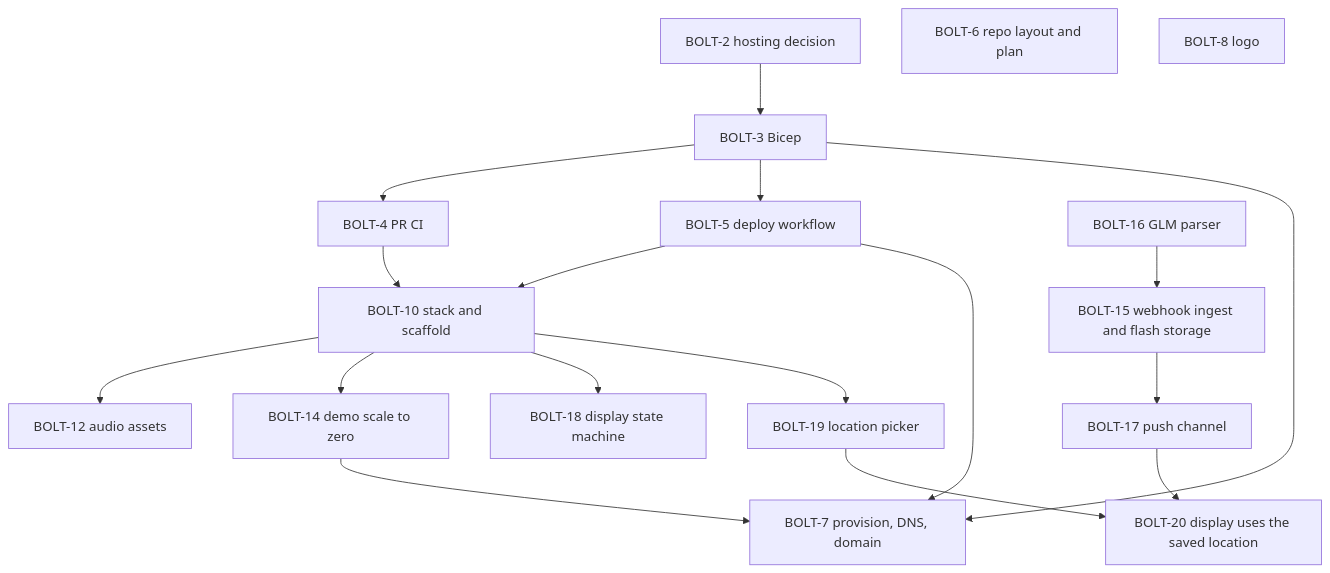
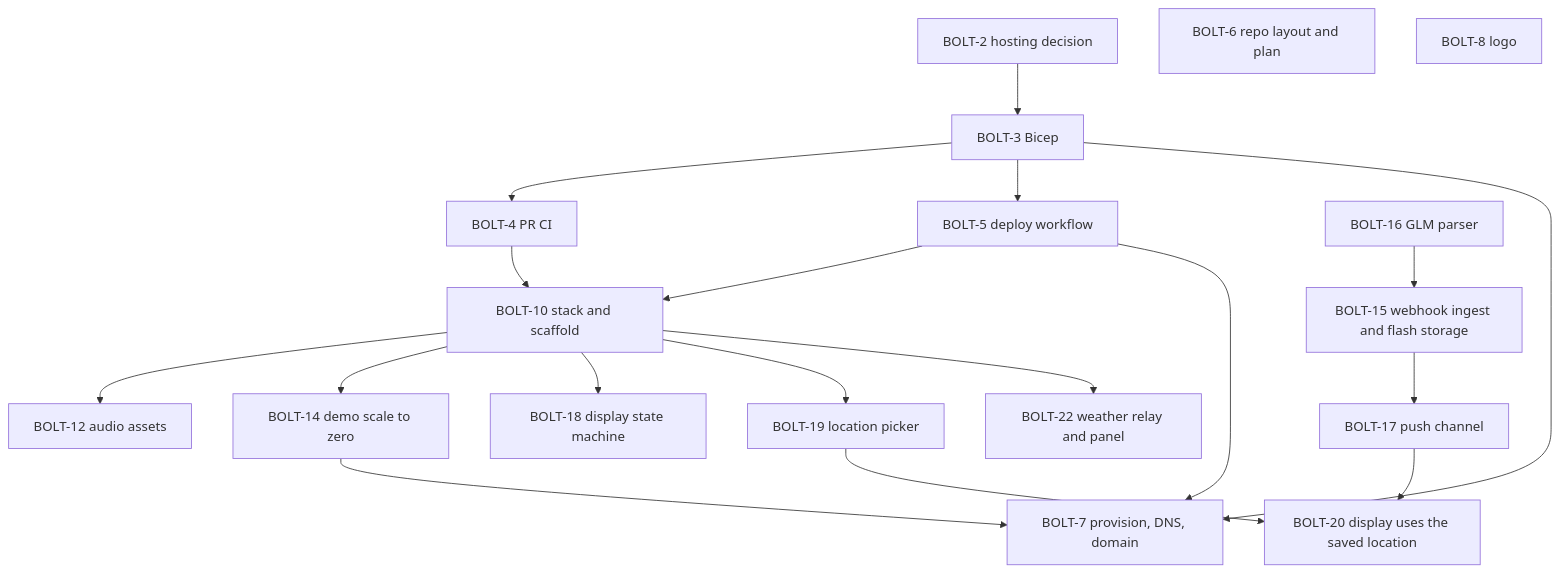
One commit to henrique-meyer/boltclock changed the diagram in docs/plan.md. Above: the diagram before and after it, drawn with Mermaid. The commit also changed other lines of this file and 17 other files, not shown here.

First line of the commit message:
BOLT-22 Weather relay for api.weather.gov and a weather panel on the display

````diff
--- a/docs/plan.md
+++ b/docs/plan.md
@@ -15,35 +15,37 @@
 ```mermaid
 flowchart TD
   s2[BOLT-2 hosting decision]
   s3[BOLT-3 Bicep]
   s4[BOLT-4 PR CI]
   s5[BOLT-5 deploy workflow]
   s6[BOLT-6 repo layout and plan]
   s7[BOLT-7 provision, DNS, domain]
   s8[BOLT-8 logo]
   s10[BOLT-10 stack and scaffold]
   s12[BOLT-12 audio assets]
   s14[BOLT-14 demo scale to zero]
   s15[BOLT-15 webhook ingest and flash storage]
   s16[BOLT-16 GLM parser]
   s17[BOLT-17 push channel]
   s18[BOLT-18 display state machine]
   s19[BOLT-19 location picker]
   s20[BOLT-20 display uses the saved location]
+  s22[BOLT-22 weather relay and panel]
   s2 --> s3
   s4 --> s10
   s5 --> s10
   s3 --> s4
   s3 --> s5
   s3 --> s7
   s5 --> s7
   s10 --> s12
   s10 --> s14
   s14 --> s7
   s16 --> s15
   s15 --> s17
   s10 --> s18
   s10 --> s19
   s17 --> s20
   s19 --> s20
+  s10 --> s22
 ```
````
